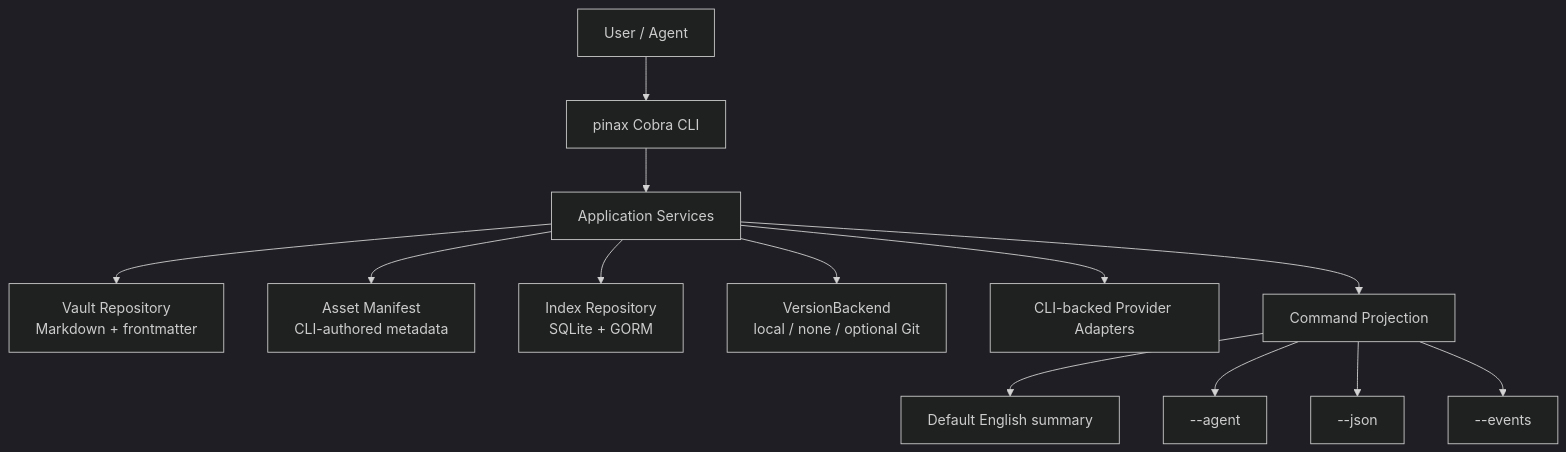
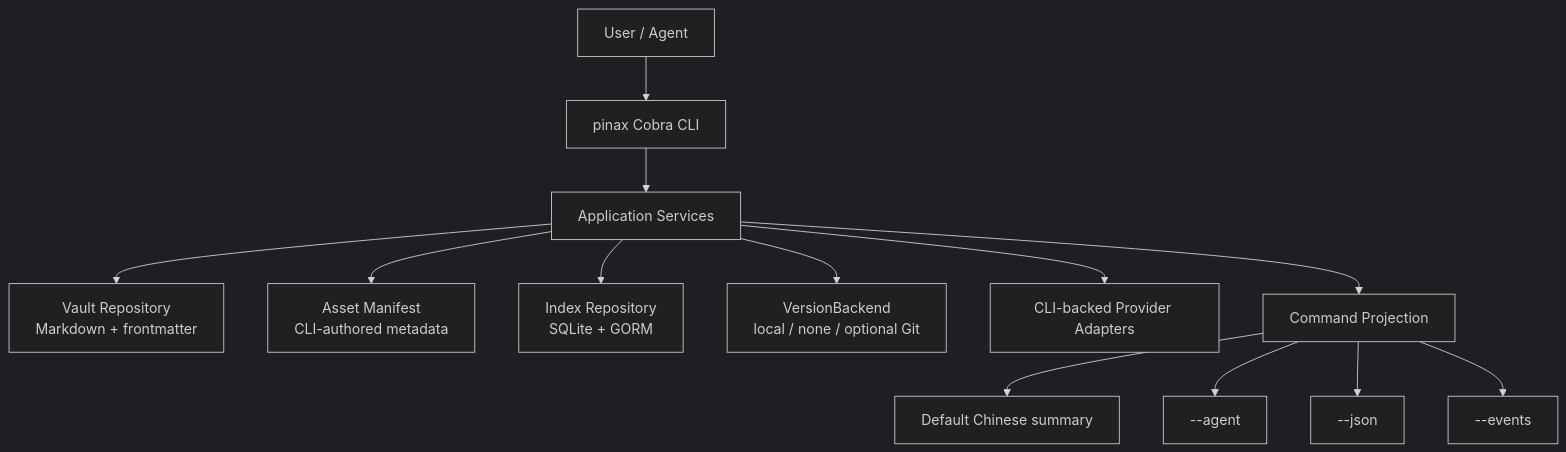
One commit to yeisme/pinax changed the diagram in docs/architecture/architecture-boundaries.md. Above: the diagram before and after it, drawn with Mermaid (dark theme). The commit also changed other lines of this file and 132 other files, not shown here.

````diff
--- a/docs/architecture/architecture-boundaries.md
+++ b/docs/architecture/architecture-boundaries.md
@@ -3,15 +3,15 @@
 ```mermaid
 flowchart TD
   U[User / Agent] --> CLI[pinax Cobra CLI]
   CLI --> APP[Application Services]
   APP --> VAULT[Vault Repository\nMarkdown + frontmatter]
   APP --> ASSET[Asset Manifest\nCLI-authored metadata]
   APP --> INDEX[Index Repository\nSQLite + GORM]
   APP --> VERSION[VersionBackend\nlocal / none / optional Git]
   APP --> PROVIDER[CLI-backed Provider Adapters]
   APP --> OUT[Command Projection]
-  OUT --> HUMAN[Default English summary]
+  OUT --> HUMAN[Default Chinese summary]
   OUT --> AGENT[--agent]
   OUT --> JSON[--json]
   OUT --> EVENTS[--events]
 ```
````
